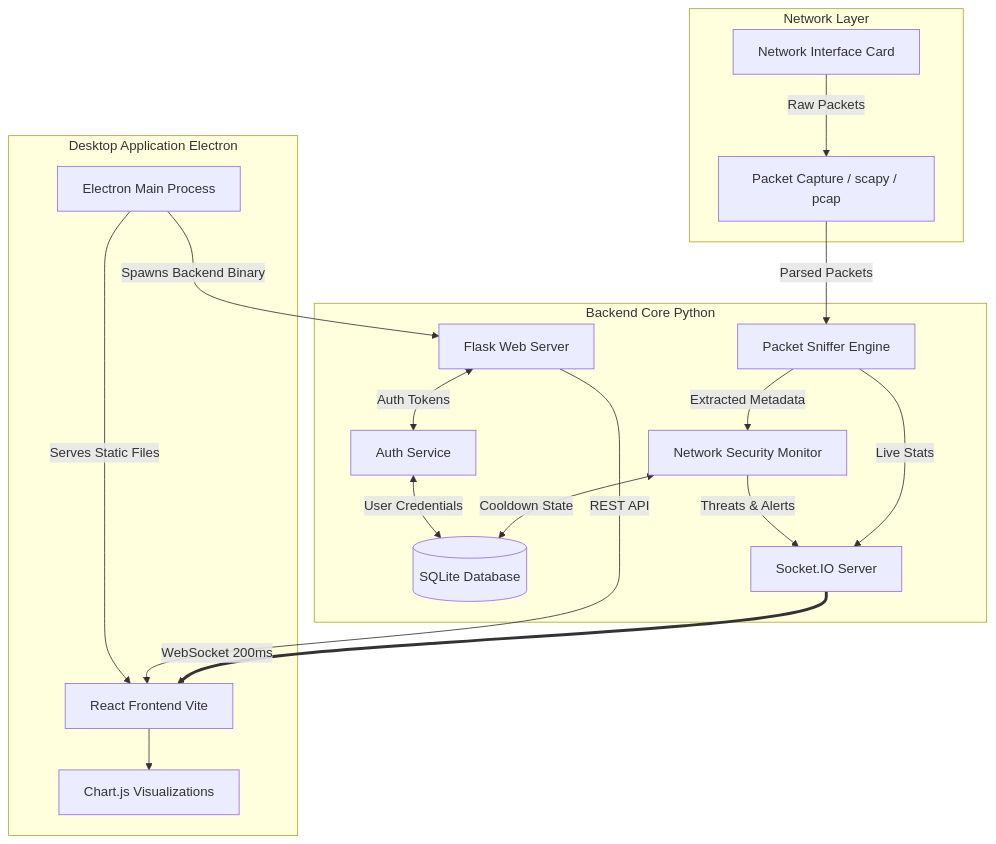
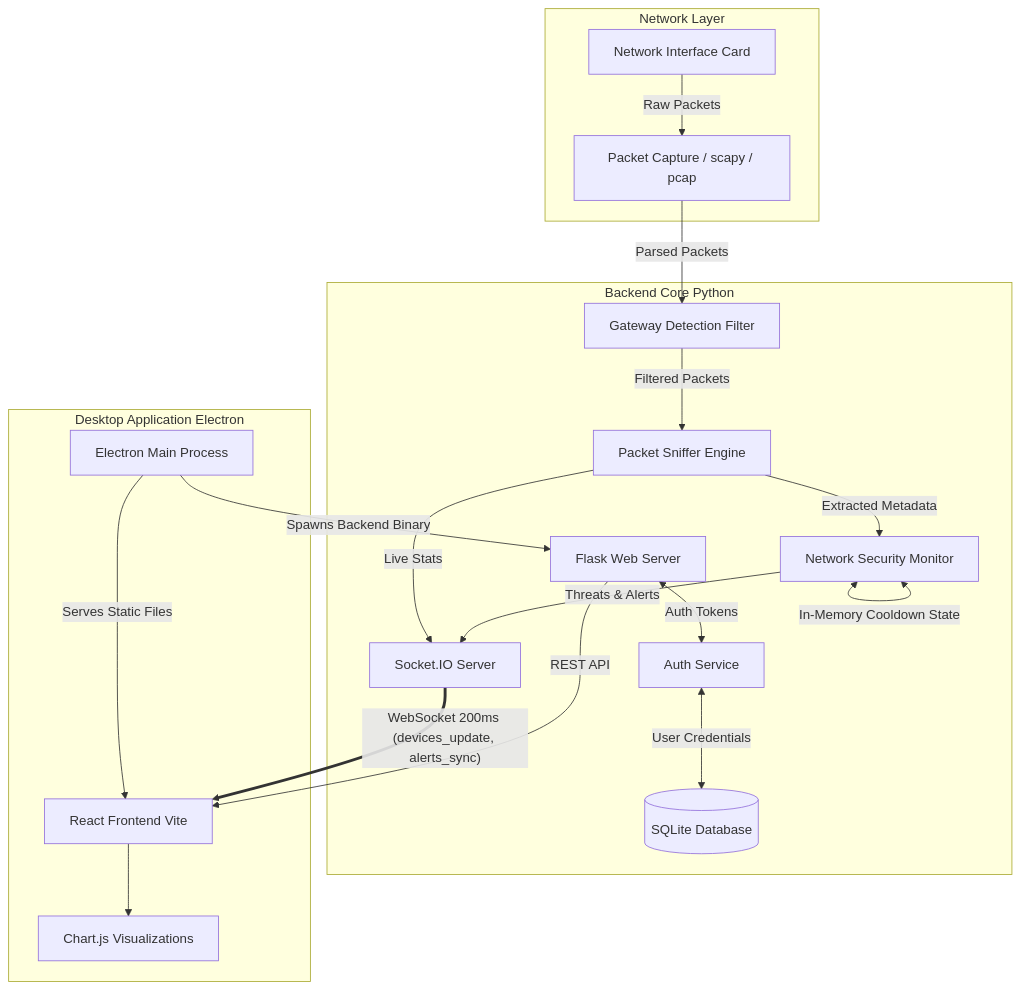
One commit to Harshit7623/Packet_Peeper changed the first of 4 diagrams in ARCHITECTURE.md. Above: the diagram before and after it, drawn with Mermaid. The commit also changed other lines of this file and 9 other files, not shown here.

````diff
--- a/ARCHITECTURE.md
+++ b/ARCHITECTURE.md
@@ -9,39 +9,41 @@
 ```mermaid
 graph TD
     %% Core Components
     subgraph Network Layer
         NIC[Network Interface Card]
         PCAP[Packet Capture / scapy / pcap]
     end
 
     subgraph Backend Core Python
         PS[Packet Sniffer Engine]
+        GATEWAY[Gateway Detection Filter]
         NSM[Network Security Monitor]
         DB[(SQLite Database)]
         AUTH[Auth Service]
         FLASK[Flask Web Server]
         SIO[Socket.IO Server]
     end
 
     subgraph Desktop Application Electron
         REACT[React Frontend Vite]
         CHART[Chart.js Visualizations]
         MAIN[Electron Main Process]
     end
 
     %% Flow
     NIC -->|Raw Packets| PCAP
-    PCAP -->|Parsed Packets| PS
+    PCAP -->|Parsed Packets| GATEWAY
+    GATEWAY -->|Filtered Packets| PS
     PS -->|Extracted Metadata| NSM
     PS -->|Live Stats| SIO
     NSM -->|Threats & Alerts| SIO
-    NSM <-->|Cooldown State| DB
+    NSM <-->|In-Memory Cooldown State| NSM
     AUTH <-->|User Credentials| DB
     FLASK <-->|Auth Tokens| AUTH
 
-    SIO == WebSocket 200ms ==> REACT
+    SIO == WebSocket 200ms (devices_update, alerts_sync) ==> REACT
     FLASK -- REST API --> REACT
     REACT --> CHART
     MAIN -->|Spawns Backend Binary| FLASK
     MAIN -->|Serves Static Files| REACT
 ```
````
